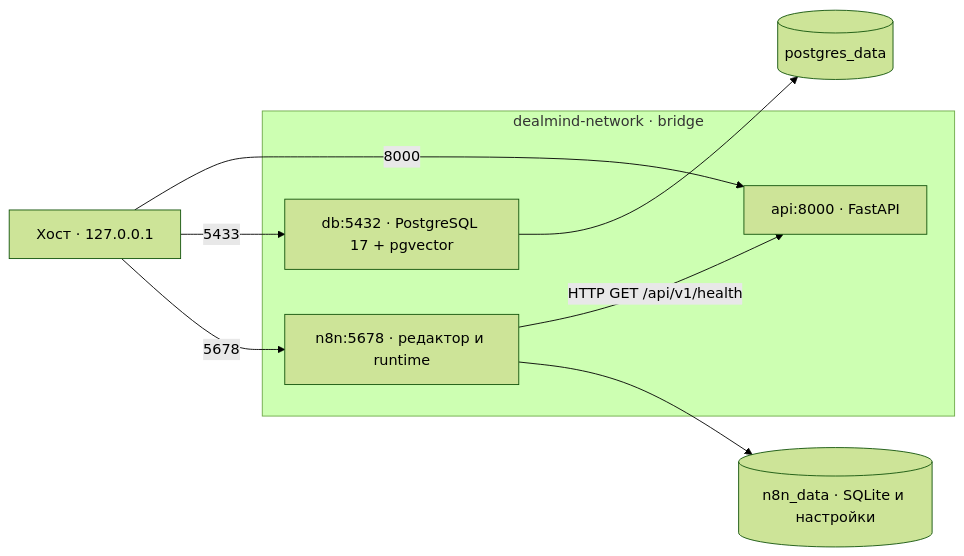
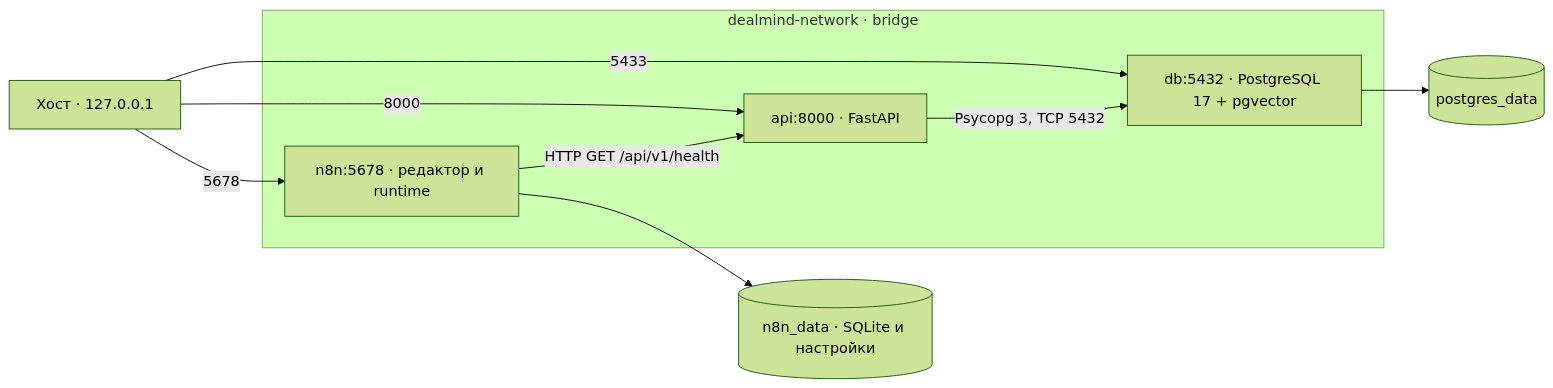
The fourth of 4 diagrams in docs/ARCHITECTURE.md (n1k1c0d/AI-Sales-Intelligence-Platform), drawn with Mermaid (forest theme) before and after one commit. The commit also changed other lines of this file and 44 other files, not shown here.

````diff
--- a/docs/ARCHITECTURE.md
+++ b/docs/ARCHITECTURE.md
@@ -165,15 +165,16 @@
 ```mermaid
 flowchart LR
     host["Хост · 127.0.0.1"]
     subgraph network["dealmind-network · bridge"]
         api["api:8000 · FastAPI"]
         db["db:5432 · PostgreSQL 17 + pgvector"]
         n8n["n8n:5678 · редактор и runtime"]
         n8n -->|"HTTP GET /api/v1/health"| api
+        api -->|"Psycopg 3, TCP 5432"| db
     end
     host -->|"8000"| api
     host -->|"5433"| db
     host -->|"5678"| n8n
     db --> pg[("postgres_data")]
     n8n --> local[("n8n_data · SQLite и настройки")]
 ```
````
